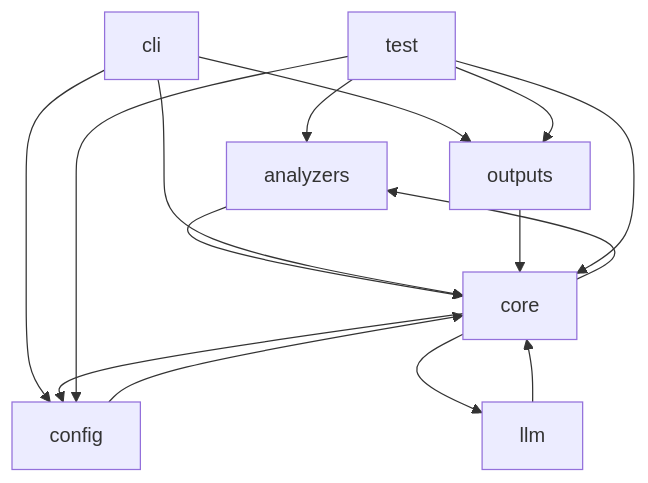
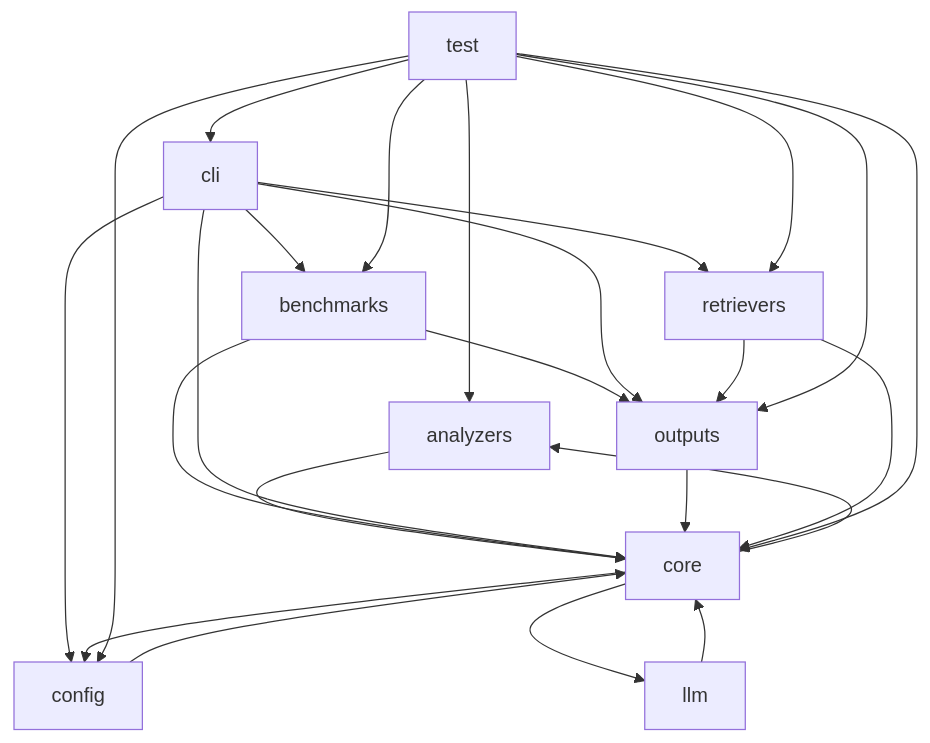
Before and after one commit to whut09/Code-Agent-plusplus: the diagram in .agent-context/dependency-graph.md, drawn with Mermaid. The commit also changed other lines of this file and 98 other files, not shown here.

````diff
--- a/.agent-context/dependency-graph.md
+++ b/.agent-context/dependency-graph.md
@@ -4,17 +4,26 @@
 ```mermaid
 graph TD
   analyzers["analyzers"] --> core["core"]
+  benchmarks["benchmarks"] --> core["core"]
+  benchmarks["benchmarks"] --> outputs["outputs"]
+  cli["cli"] --> benchmarks["benchmarks"]
   cli["cli"] --> config["config"]
   cli["cli"] --> core["core"]
   cli["cli"] --> outputs["outputs"]
+  cli["cli"] --> retrievers["retrievers"]
   config["config"] --> core["core"]
   core["core"] --> analyzers["analyzers"]
   core["core"] --> config["config"]
   core["core"] --> llm["llm"]
   llm["llm"] --> core["core"]
   outputs["outputs"] --> core["core"]
+  retrievers["retrievers"] --> core["core"]
+  retrievers["retrievers"] --> outputs["outputs"]
   test["test"] --> analyzers["analyzers"]
+  test["test"] --> benchmarks["benchmarks"]
+  test["test"] --> cli["cli"]
   test["test"] --> config["config"]
   test["test"] --> core["core"]
   test["test"] --> outputs["outputs"]
+  test["test"] --> retrievers["retrievers"]
 ```
````
